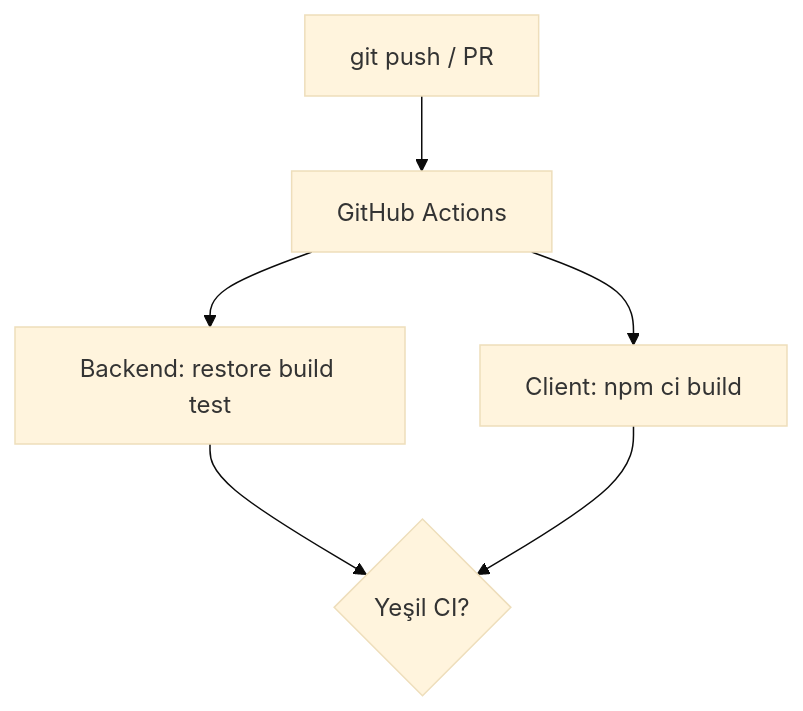
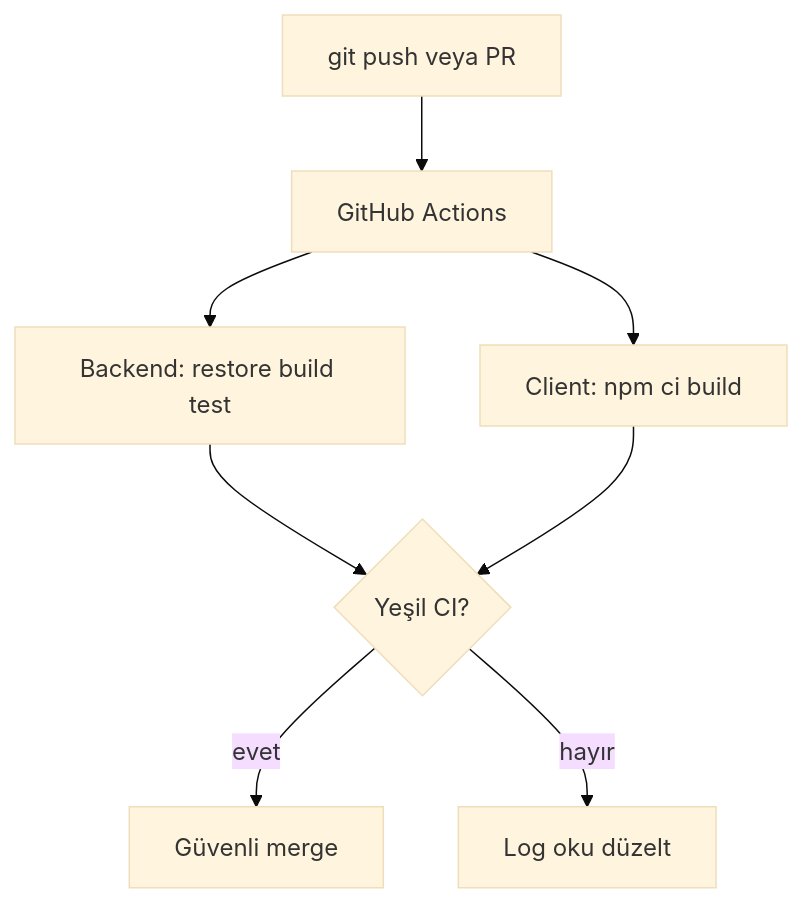
One commit to fdeniz07/BankApp changed the first of 2 diagrams in docs/learning/tr/21-ci-github-actions.md. Above: the diagram before and after it, drawn with Mermaid (base theme). The commit also changed other lines of this file and 105 other files, not shown here.

First line of the commit message:
doc: Enrich learning chapters with labs, pitfalls, and safe Mermaid

````diff
--- a/docs/learning/tr/21-ci-github-actions.md
+++ b/docs/learning/tr/21-ci-github-actions.md
@@ -10,8 +12,10 @@
 ```mermaid
 flowchart TD
-  P[git push / PR] --> GH[GitHub Actions]
-  GH --> BE[Backend: restore build test]
-  GH --> CL[Client: npm ci build]
-  BE --> OK{Yeşil CI?}
+  P["git push veya PR"] --> GH["GitHub Actions"]
+  GH --> BE["Backend: restore build test"]
+  GH --> CL["Client: npm ci build"]
+  BE --> OK{"Yeşil CI?"}
   CL --> OK
+  OK -->|evet| MERGE["Güvenli merge"]
+  OK -->|hayır| FIX["Log oku düzelt"]
 ```
````
